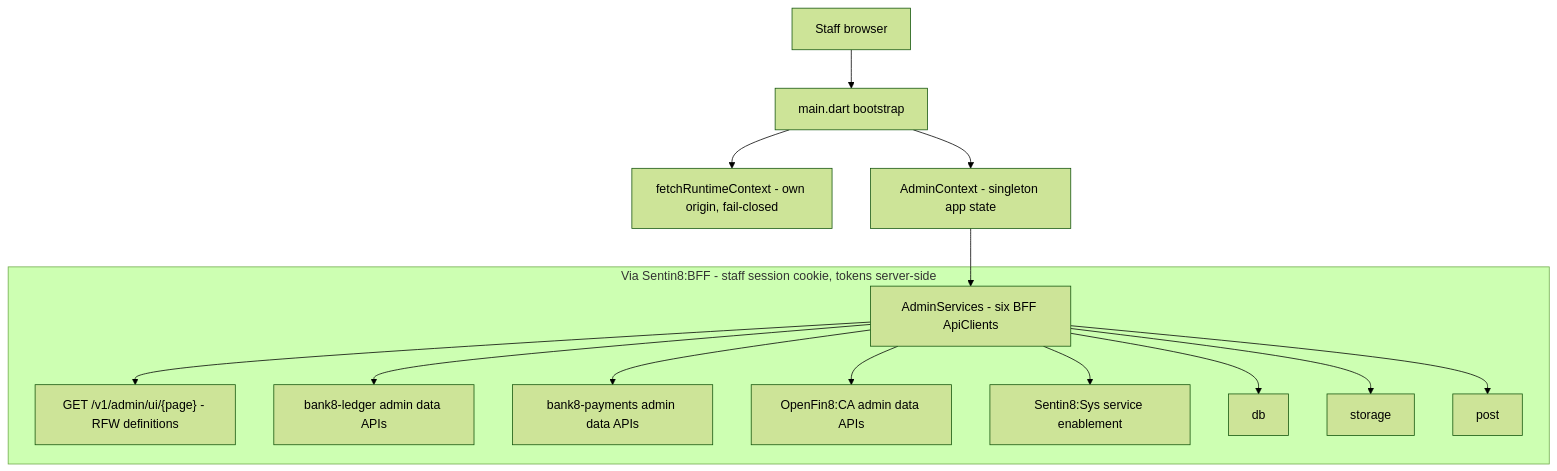
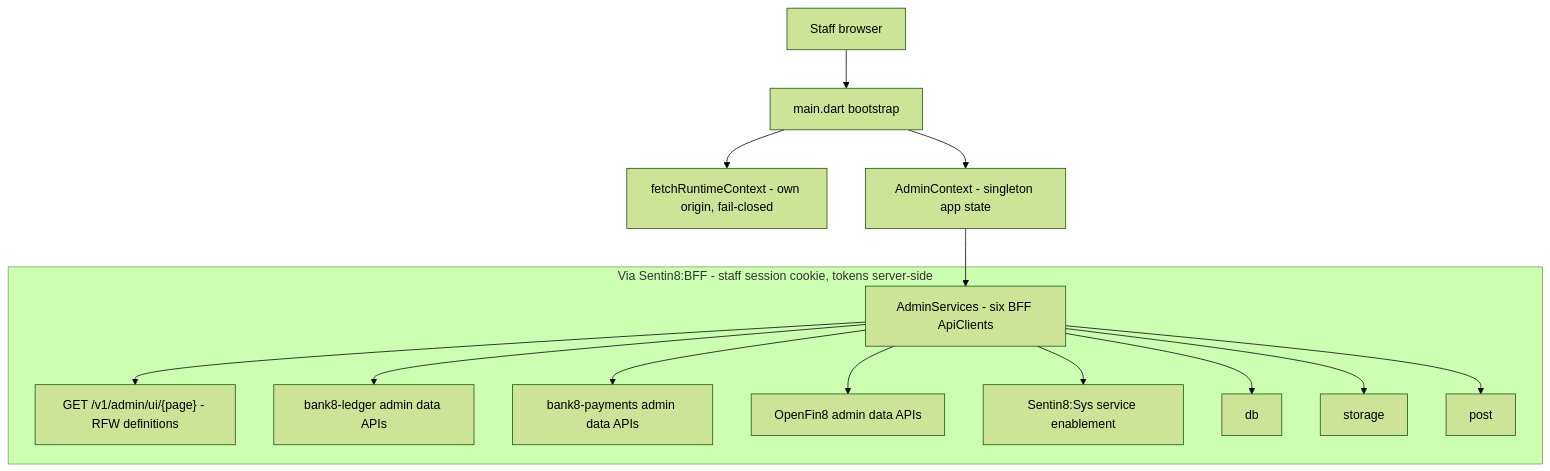
One commit to Bank8-dev/bank8-admin changed the diagram in README.md. Above: the diagram before and after it, drawn with Mermaid (forest theme). The commit also changed other lines of this file and 2 other files, not shown here.

Commit message:
docs: OpenFin8:CA renamed to OpenFin8 + quote the mermaid label with parentheses
The FDX node label FDX[OpenFin8:CA<br/>(open banking)] never parsed
(parentheses are illegal in unquoted mermaid labels) - the diagram
rendered blank in DESIGN.md. Node renamed to OpenFin8 (bank8 composes
all market adapters) and the label quoted.

````diff
--- a/README.md
+++ b/README.md
@@ -35,18 +35,18 @@
 ```mermaid
 graph TD
     B[Staff browser] --> M[main.dart bootstrap]
     M --> RC[fetchRuntimeContext - own origin, fail-closed]
     M --> C[AdminContext - singleton app state]
     C --> S[AdminServices - six BFF ApiClients]
 
     subgraph SGlu75s1["Via Sentin8:BFF - staff session cookie, tokens server-side"]
         S --> RFW["GET /v1/admin/ui/{page} - RFW definitions"]
         S --> LED[bank8-ledger admin data APIs]
         S --> PAY[bank8-payments admin data APIs]
-        S --> F[OpenFin8:CA admin data APIs]
+        S --> F[OpenFin8 admin data APIs]
         S --> SYS[Sentin8:Sys service enablement]
         S --> D[db]
         S --> ST[storage]
         S --> PO[post]
     end
 ```
````
